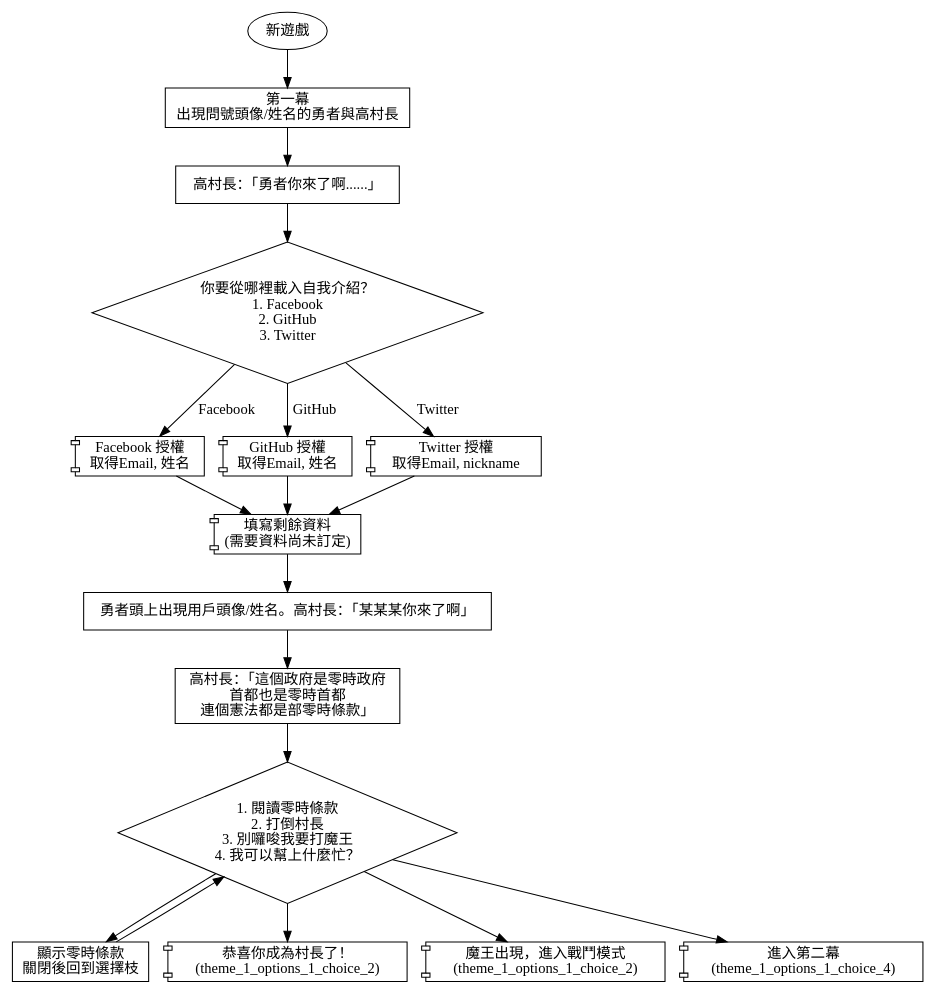
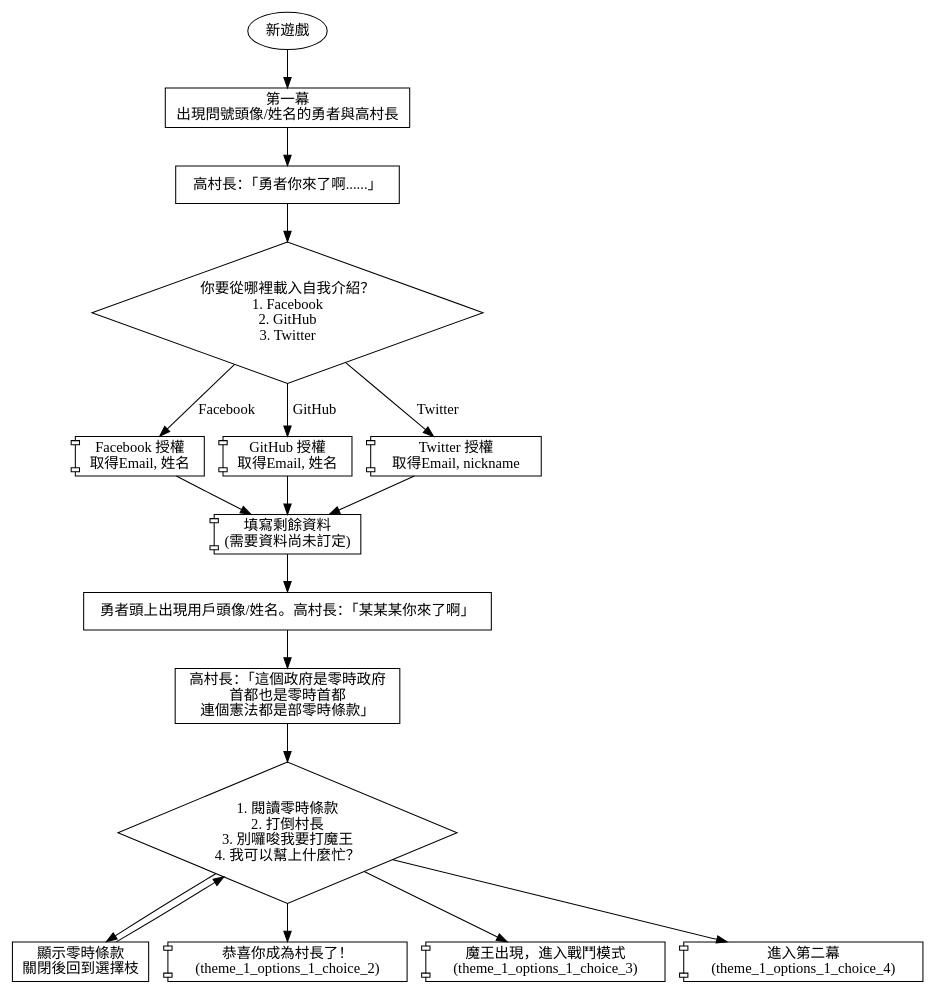
The diagram in storyboards/new_game.dot (g0v/g0village), drawn with Graphviz before and after one commit. The commit also changed 1 other file, not shown here.

```diff
--- a/storyboards/new_game.dot
+++ b/storyboards/new_game.dot
@@ -1,44 +1,44 @@
 digraph {
 
   new_game [label="新遊戲"]
   new_game -> theme_1_start
 
   theme_1_start [shape=box, label="第一幕\n出現問號頭像/姓名的勇者與高村長"]
   theme_1_start -> theme_1_1
 
   theme_1_1 [shape=box, label="高村長：「勇者你來了啊......」"]
   theme_1_1 -> load_intro
 
   load_intro [shape=diamond, label="你要從哪裡載入自我介紹？\n1. Facebook\n2. GitHub\n3. Twitter"]
   load_intro -> load_intro_from_facebook [label="Facebook"]
   load_intro -> load_intro_from_github [label="GitHub"]
   load_intro -> load_intro_from_twitter [label="Twitter"]
 
   load_intro_from_facebook [shape=component, label="Facebook 授權\n取得Email, 姓名"]
   load_intro_from_github [shape=component, label="GitHub 授權\n取得Email, 姓名"]
   load_intro_from_twitter [shape=component, label="Twitter 授權\n取得Email, nickname"]
   load_intro_from_facebook -> fill_intro
   load_intro_from_github -> fill_intro
   load_intro_from_twitter -> fill_intro
 
   fill_intro [shape=component, label="填寫剩餘資料\n(需要資料尚未訂定)"]
   fill_intro -> theme_1_2
 
   theme_1_2 [shape=box, label="勇者頭上出現用戶頭像/姓名。高村長：「某某某你來了啊」"]
   theme_1_2 -> theme_1_3
 
   theme_1_3 [shape=box, label="高村長：「這個政府是零時政府\n首都也是零時首都\n連個憲法都是部零時條款」"]
   theme_1_3 -> theme_1_options_1
 
   theme_1_options_1 [shape=diamond, label="1. 閱讀零時條款\n2. 打倒村長\n3. 別囉唆我要打魔王\n4. 我可以幫上什麼忙？"]
   theme_1_options_1 -> theme_1_options_1_choice_1
   theme_1_options_1 -> theme_1_options_1_choice_2
   theme_1_options_1 -> theme_1_options_1_choice_3
   theme_1_options_1 -> theme_1_options_1_choice_4
 
   theme_1_options_1_choice_1 [shape=box, label="顯示零時條款\n關閉後回到選擇枝"]
   theme_1_options_1_choice_1 -> theme_1_options_1
   theme_1_options_1_choice_2 [shape=component, label="恭喜你成為村長了！\n(theme_1_options_1_choice_2)"]
-  theme_1_options_1_choice_3 [shape=component, label="魔王出現，進入戰鬥模式\n(theme_1_options_1_choice_2)"]
+  theme_1_options_1_choice_3 [shape=component, label="魔王出現，進入戰鬥模式\n(theme_1_options_1_choice_3)"]
   theme_1_options_1_choice_4 [shape=component, label="進入第二幕\n(theme_1_options_1_choice_4)"]
 }
```
